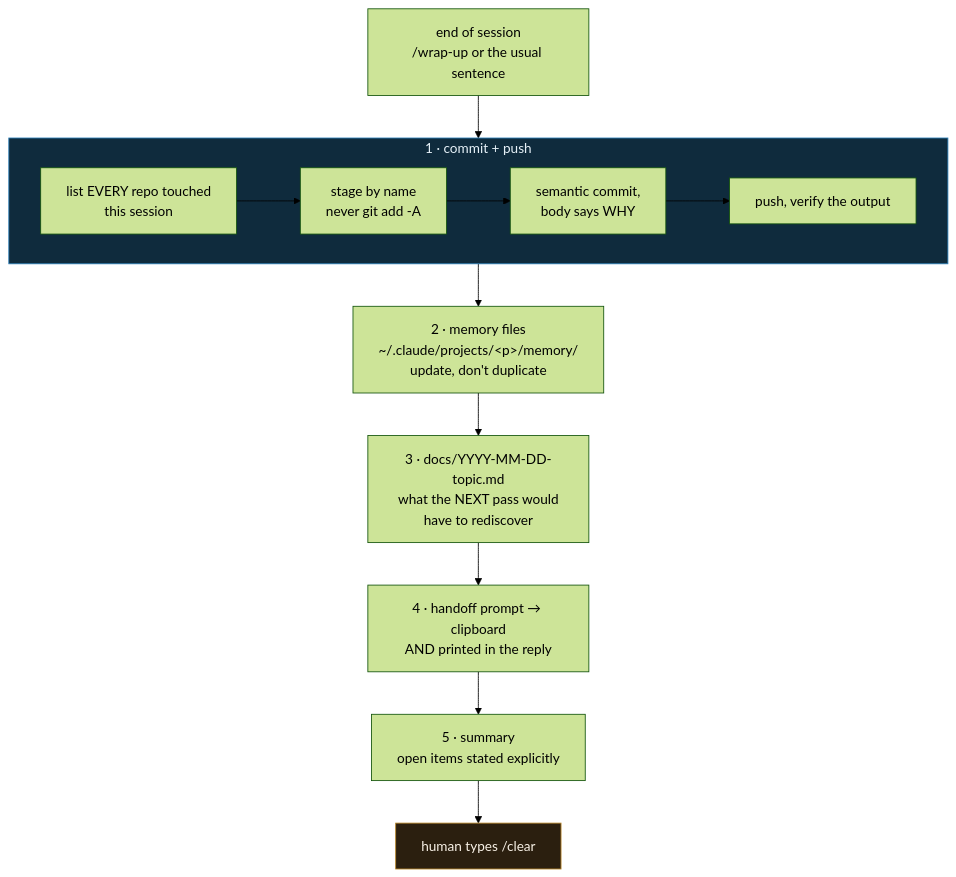
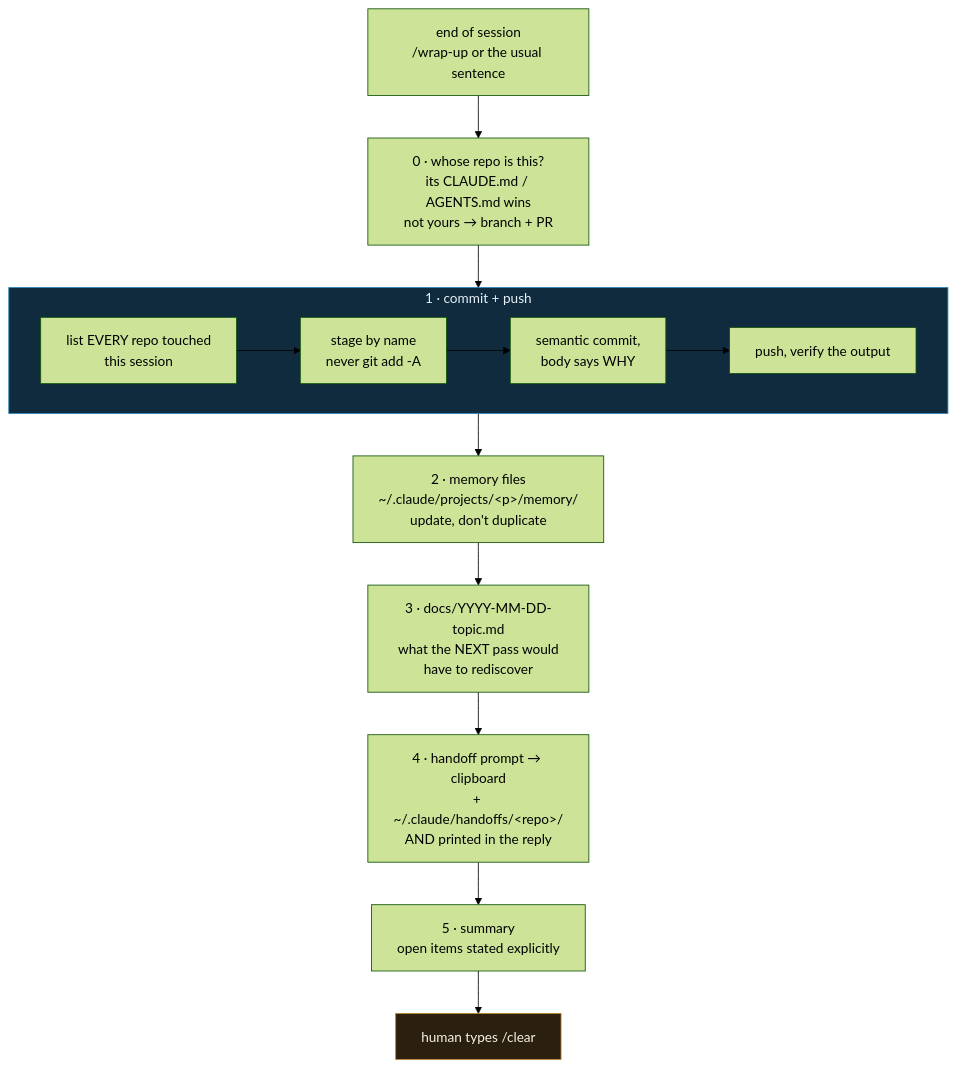
Before and after one commit to stepanic/cv: the diagram in skills/wrap-up/README.md, drawn with Mermaid (forest theme). The commit also changed other lines of this file and 2 other files, not shown here.

First line of the commit message:
feat(skills): sinkroniziraj wrap-up s lokalnom verzijom

````diff
--- a/skills/wrap-up/README.md
+++ b/skills/wrap-up/README.md
@@ -39,18 +39,19 @@
 ```mermaid
 flowchart TD
-    A["end of session<br/>/wrap-up or the usual sentence"] --> B
+    A["end of session<br/>/wrap-up or the usual sentence"] --> Z
+    Z["0 · whose repo is this?<br/>its CLAUDE.md / AGENTS.md wins<br/>not yours → branch + PR"] --> B
 
     subgraph B ["1 · commit + push"]
         B1["list EVERY repo touched<br/>this session"] --> B2["stage by name<br/>never git add -A"]
         B2 --> B3["semantic commit,<br/>body says WHY"] --> B4["push, verify the output"]
     end
 
     B --> C["2 · memory files<br/>~/.claude/projects/&lt;p&gt;/memory/<br/>update, don't duplicate"]
     C --> D["3 · docs/YYYY-MM-DD-topic.md<br/>what the NEXT pass would<br/>have to rediscover"]
-    D --> E["4 · handoff prompt → clipboard<br/>AND printed in the reply"]
+    D --> E["4 · handoff prompt → clipboard<br/>+ ~/.claude/handoffs/&lt;repo&gt;/<br/>AND printed in the reply"]
     E --> F["5 · summary<br/>open items stated explicitly"]
     F --> G["human types /clear"]
 
     style B fill:#0f2b3d,stroke:#2b7fb8,color:#e6f1f8
     style G fill:#2b1f0f,stroke:#b8862b,color:#f8f1e6
 ```
````
